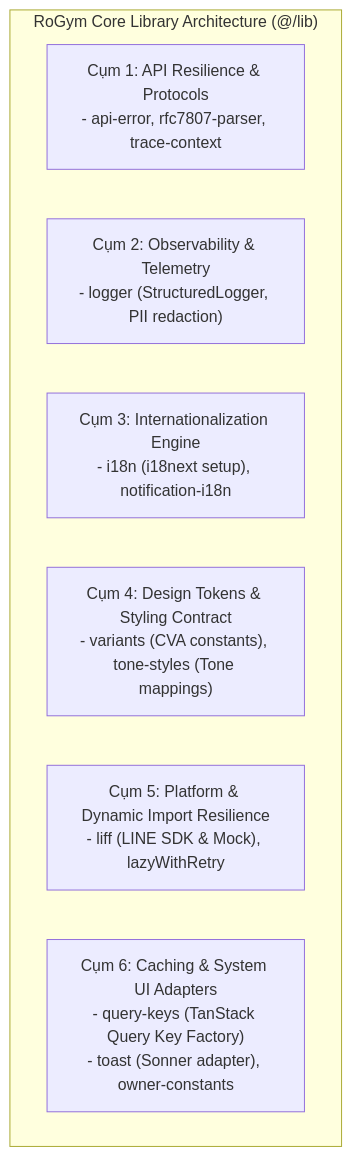
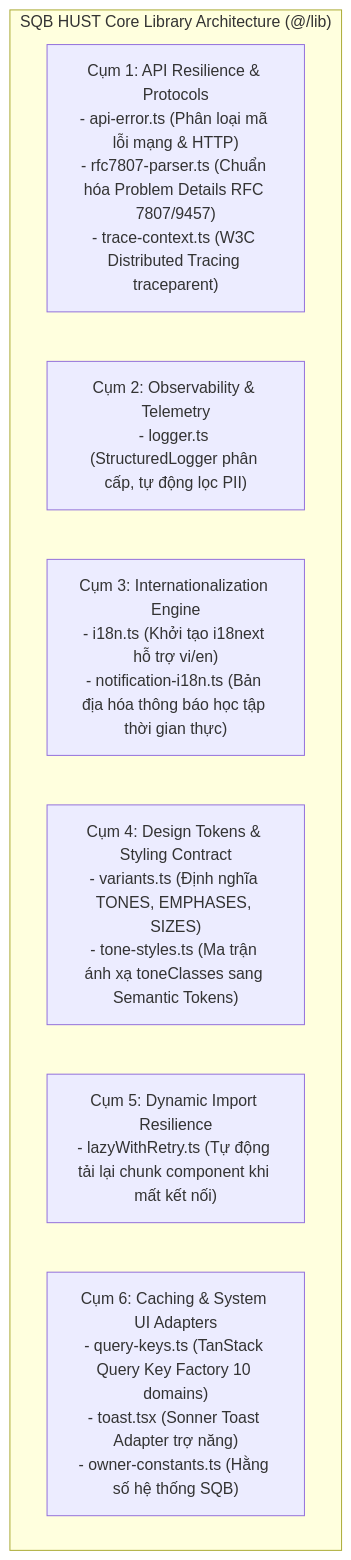
The diagram in src/lib/README.md (lethanhan01/Social-network-for-student-Generated-Question-Bank), drawn with Mermaid before and after one commit. The commit also changed other lines of this file and 6 other files, not shown here.

````diff
--- a/src/lib/README.md
+++ b/src/lib/README.md
@@ -28,11 +31,11 @@
 ```mermaid
 graph TD
-    subgraph "RoGym Core Library Architecture (@/lib)"
-        C1["Cụm 1: API Resilience & Protocols<br/>- api-error, rfc7807-parser, trace-context"]
-        C2["Cụm 2: Observability & Telemetry<br/>- logger (StructuredLogger, PII redaction)"]
-        C3["Cụm 3: Internationalization Engine<br/>- i18n (i18next setup), notification-i18n"]
-        C4["Cụm 4: Design Tokens & Styling Contract<br/>- variants (CVA constants), tone-styles (Tone mappings)"]
-        C5["Cụm 5: Platform & Dynamic Import Resilience<br/>- liff (LINE SDK & Mock), lazyWithRetry"]
-        C6["Cụm 6: Caching & System UI Adapters<br/>- query-keys (TanStack Query Key Factory)<br/>- toast (Sonner adapter), owner-constants"]
+    subgraph "SQB HUST Core Library Architecture (@/lib)"
+        C1["Cụm 1: API Resilience & Protocols<br/>- api-error.ts (Phân loại mã lỗi mạng & HTTP)<br/>- rfc7807-parser.ts (Chuẩn hóa Problem Details RFC 7807/9457)<br/>- trace-context.ts (W3C Distributed Tracing traceparent)"]
+        C2["Cụm 2: Observability & Telemetry<br/>- logger.ts (StructuredLogger phân cấp, tự động lọc PII)"]
+        C3["Cụm 3: Internationalization Engine<br/>- i18n.ts (Khởi tạo i18next hỗ trợ vi/en)<br/>- notification-i18n.ts (Bản địa hóa thông báo học tập thời gian thực)"]
+        C4["Cụm 4: Design Tokens & Styling Contract<br/>- variants.ts (Định nghĩa TONES, EMPHASES, SIZES)<br/>- tone-styles.ts (Ma trận ánh xạ toneClasses sang Semantic Tokens)"]
+        C5["Cụm 5: Dynamic Import Resilience<br/>- lazyWithRetry.ts (Tự động tải lại chunk component khi mất kết nối)"]
+        C6["Cụm 6: Caching & System UI Adapters<br/>- query-keys.ts (TanStack Query Key Factory 10 domains)<br/>- toast.tsx (Sonner Toast Adapter trợ năng)<br/>- owner-constants.ts (Hằng số hệ thống SQB)"]
     end
 ```
````
